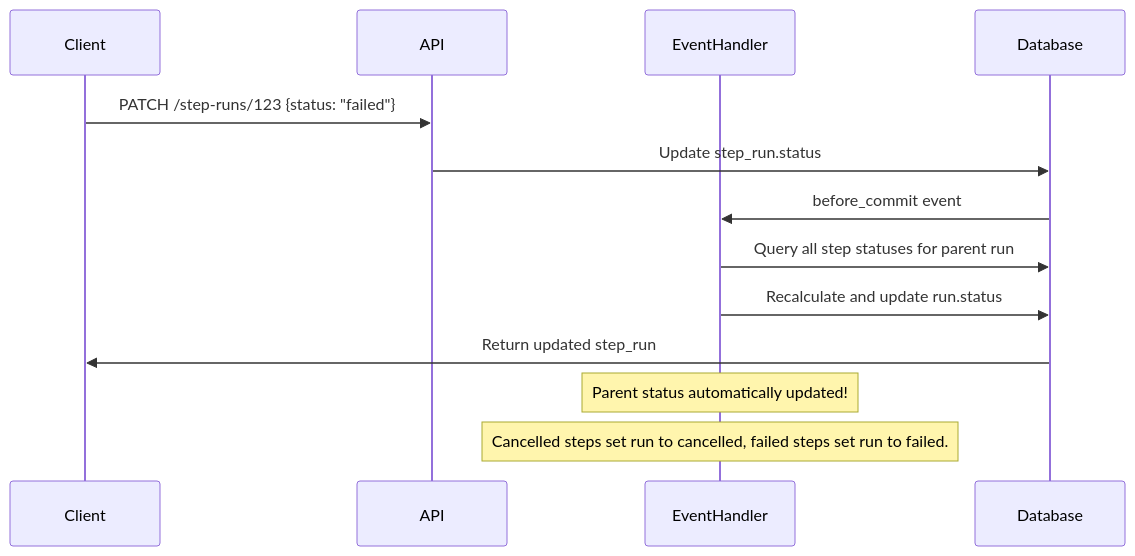
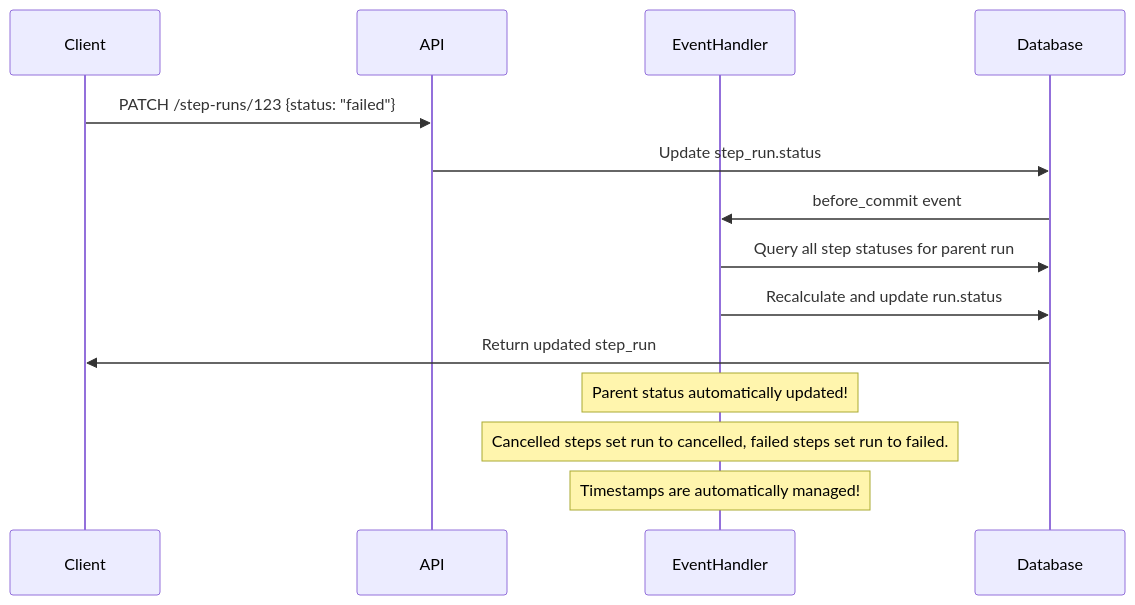
One commit to AAK-MBU/Process_Dashboard_API changed the third of 3 diagrams in README.md. Above: the diagram before and after it, drawn with Mermaid. The commit also changed other lines of this file and 10 other files, not shown here.

````diff
--- a/README.md
+++ b/README.md
@@ -768,17 +795,18 @@
 ```mermaid
 sequenceDiagram
     participant Client
     participant API
     participant EventHandler
     participant Database
     
     Client->>API: PATCH /step-runs/123 {status: "failed"}
     API->>Database: Update step_run.status
     Database->>EventHandler: before_commit event
     EventHandler->>Database: Query all step statuses for parent run
     EventHandler->>Database: Recalculate and update run.status
     Database->>Client: Return updated step_run
 
   Note over EventHandler: Parent status automatically updated!
   Note over EventHandler: Cancelled steps set run to cancelled, failed steps set run to failed.
+  Note over EventHandler: Timestamps are automatically managed!
 ```
````
